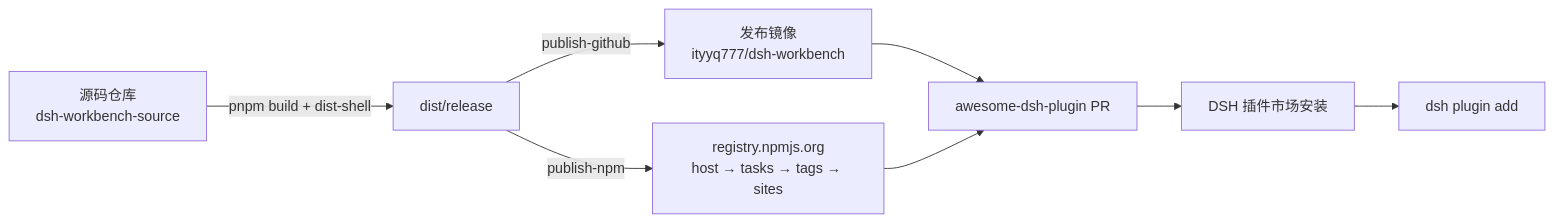
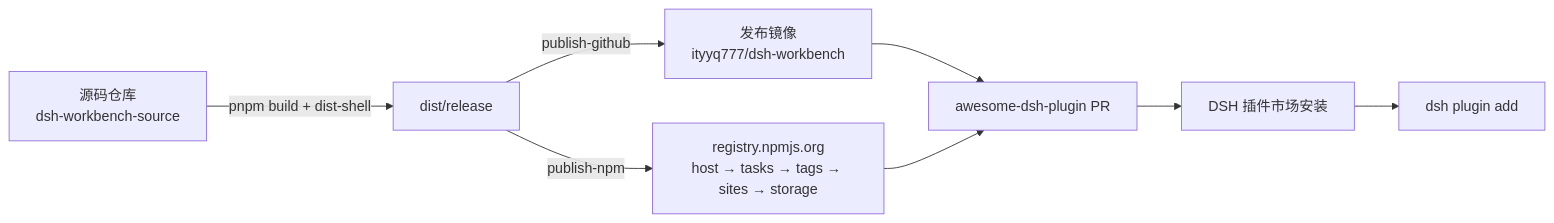
Before and after one commit to ityyq777/dsh-workbench-source: the diagram in docs/specs/14-发布与插件市场.md, drawn with Mermaid. The commit also changed other lines of this file and 50 other files, not shown here.

````diff
--- a/docs/specs/14-发布与插件市场.md
+++ b/docs/specs/14-发布与插件市场.md
@@ -19,10 +21,10 @@
 ```mermaid
 flowchart LR
   SRC["源码仓库<br/>dsh-workbench-source"] -->|"pnpm build + dist-shell"| TREE["dist/release"]
-  TREE -->|"publish-npm"| NPM["registry.npmjs.org<br/>host → tasks → tags → sites"]
+  TREE -->|"publish-npm"| NPM["registry.npmjs.org<br/>host → tasks → tags → sites → storage"]
   TREE -->|"publish-github"| MIRROR["发布镜像<br/>ityyq777/dsh-workbench"]
   MIRROR --> MARKET["awesome-dsh-plugin PR"]
   NPM --> MARKET
   MARKET --> USER["DSH 插件市场安装"]
   USER --> DSH["dsh plugin add"]
 ```
````
